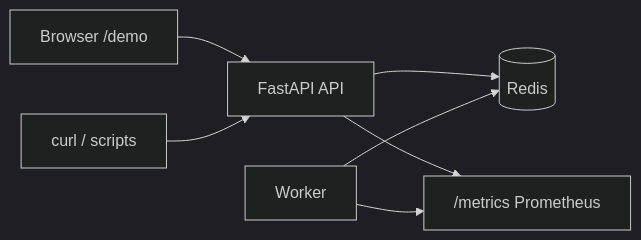
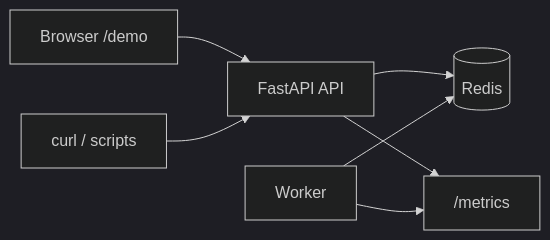
The diagram in README.md (Adamvalade/forgequeue), drawn with Mermaid (dark theme) before and after one commit. The commit also changed other lines of this file and 8 other files, not shown here.

````diff
--- a/README.md
+++ b/README.md
@@ -22,9 +16,9 @@
 ```mermaid
 flowchart LR
   Browser[Browser /demo] --> API[FastAPI API]
   Client[curl / scripts] --> API
   API --> Redis[(Redis)]
   Worker[Worker] --> Redis
-  API --> Metrics["/metrics Prometheus"]
+  API --> Metrics["/metrics"]
   Worker --> Metrics
 ```
````
